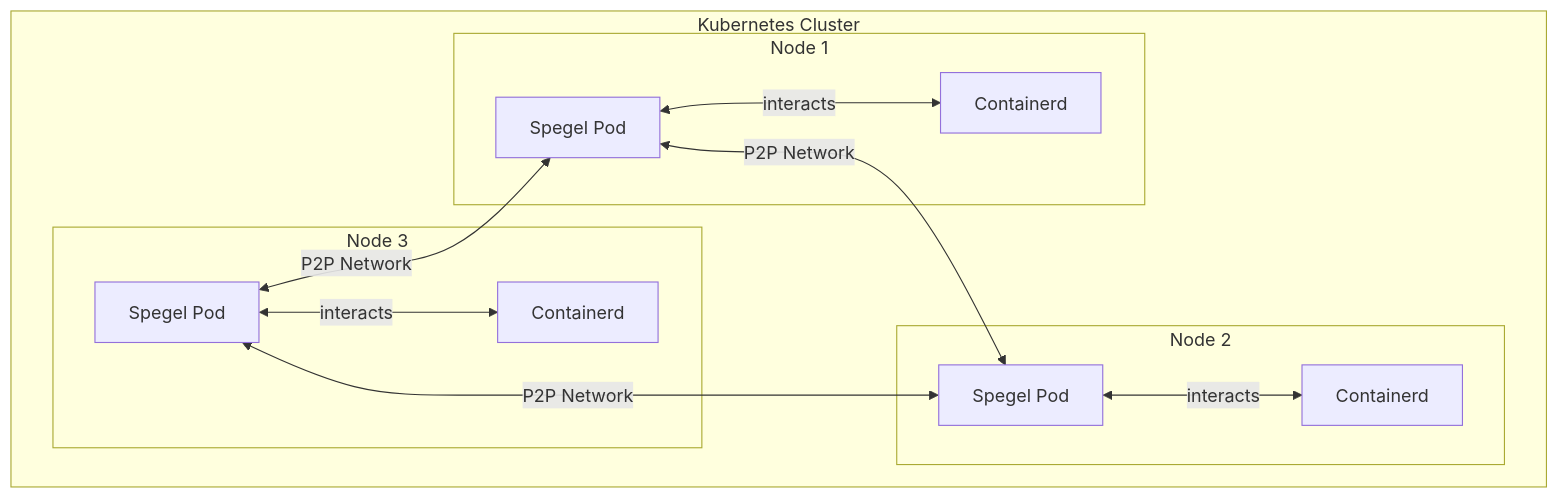
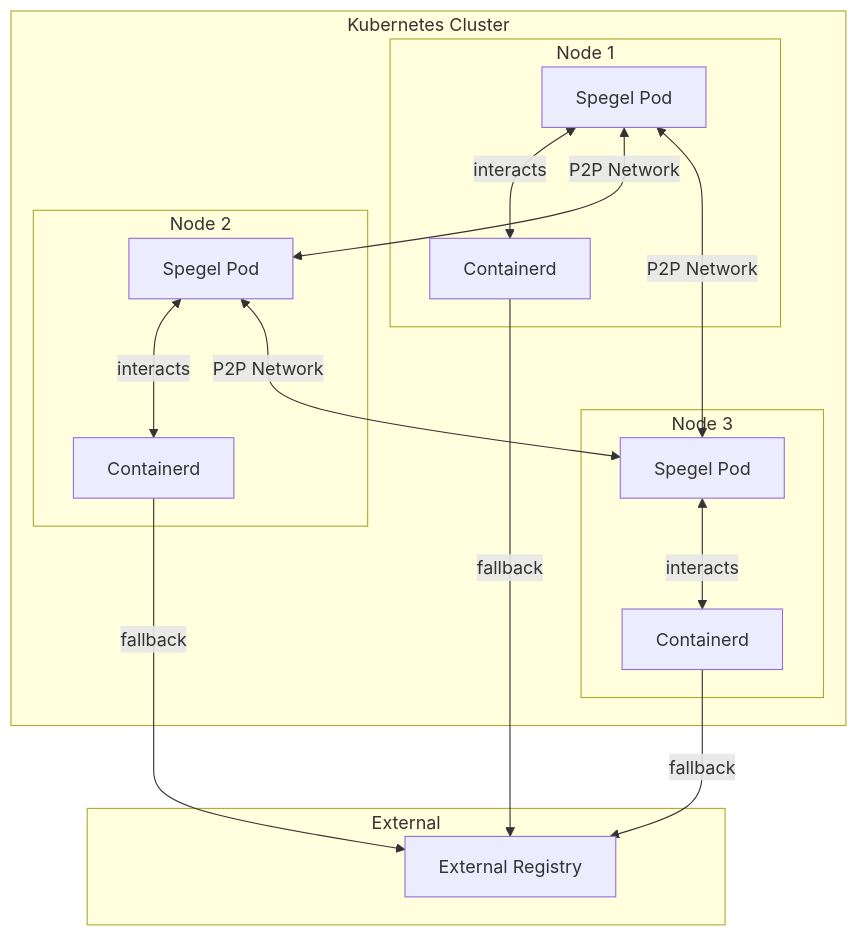
Before and after one commit to spegel-org/spegel: the first of 9 diagrams in docs/FLOW-DIAGRAMS.md, drawn with Mermaid. The commit also changed other lines of this file, not shown here.

Commit message:
re-adding fallback but from containerd instead

````diff
--- a/docs/FLOW-DIAGRAMS.md
+++ b/docs/FLOW-DIAGRAMS.md
@@ -9,26 +9,33 @@
 ```mermaid
 graph TB
+    subgraph "External"
+        ER["External Registry"]
+    end
+
     subgraph "Kubernetes Cluster"
         subgraph "Node 1"
             SP1["Spegel Pod"]
             CD1["Containerd"]
             SP1 <-->|interacts| CD1
+            CD1 -->|fallback| ER
         end
         
         subgraph "Node 2"
             SP2["Spegel Pod"]
             CD2["Containerd"]
             SP2 <-->|interacts| CD2
+            CD2 -->|fallback| ER
         end
         
         subgraph "Node 3"
             SP3["Spegel Pod"]
             CD3["Containerd"]
             SP3 <-->|interacts| CD3
+            CD3 -->|fallback| ER
         end
 
         SP1 <-->|P2P Network| SP2
         SP2 <-->|P2P Network| SP3
         SP3 <-->|P2P Network| SP1
     end
 ```
````
